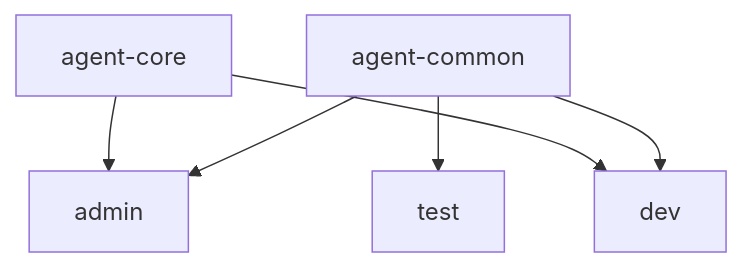
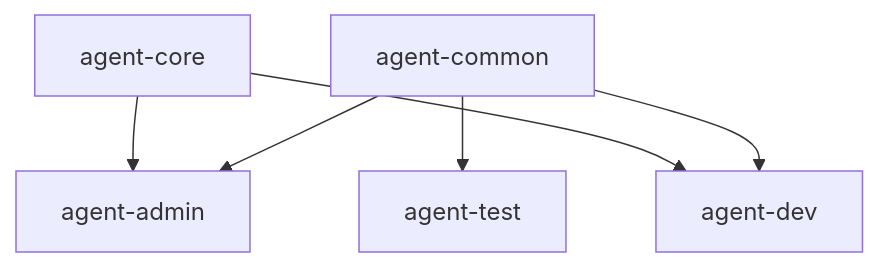
Before and after one commit to MetaStudy999/codyssey-basic-b1-1-system-monitor: the fifth of 12 diagrams in training/round-01-clear/BEGINNER-GUIDE.md, drawn with Mermaid. The commit also changed other lines of this file, not shown here.

````diff
--- a/training/round-01-clear/BEGINNER-GUIDE.md
+++ b/training/round-01-clear/BEGINNER-GUIDE.md
@@ -403,8 +422,8 @@
 ```mermaid
 flowchart TD
-    A[agent-common] --> B[admin]
-    A --> C[dev]
-    A --> D[test]
-    E[agent-core] --> B
-    E --> C
+    C[agent-common] --> A[agent-admin]
+    C --> D[agent-dev]
+    C --> T[agent-test]
+    K[agent-core] --> A
+    K --> D
 ```
````
